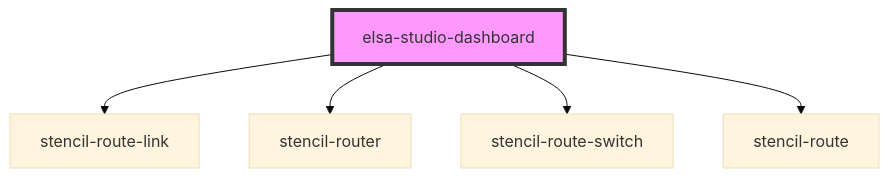
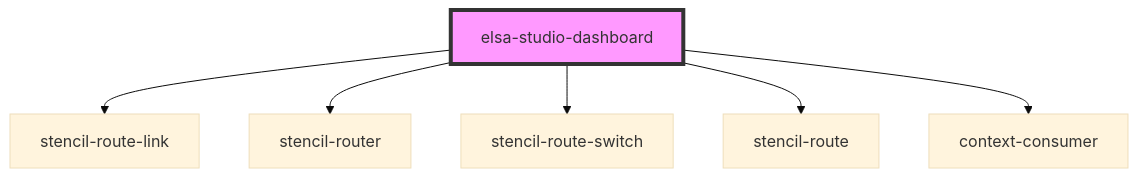
One commit to elsa-workflows/elsa-core changed the diagram in src/designer/elsa-workflows-studio/src/components/dashboard/pages/elsa-studio-dashboard/readme.md. Above: the diagram before and after it, drawn with Mermaid (base theme). The commit also changed other lines of this file and 20 other files, not shown here.

````diff
--- a/src/designer/elsa-workflows-studio/src/components/dashboard/pages/elsa-studio-dashboard/readme.md
+++ b/src/designer/elsa-workflows-studio/src/components/dashboard/pages/elsa-studio-dashboard/readme.md
@@ -28,8 +27,9 @@
 ```mermaid
 graph TD;
   elsa-studio-dashboard --> stencil-route-link
   elsa-studio-dashboard --> stencil-router
   elsa-studio-dashboard --> stencil-route-switch
   elsa-studio-dashboard --> stencil-route
+  elsa-studio-dashboard --> context-consumer
   style elsa-studio-dashboard fill:#f9f,stroke:#333,stroke-width:4px
 ```
````
